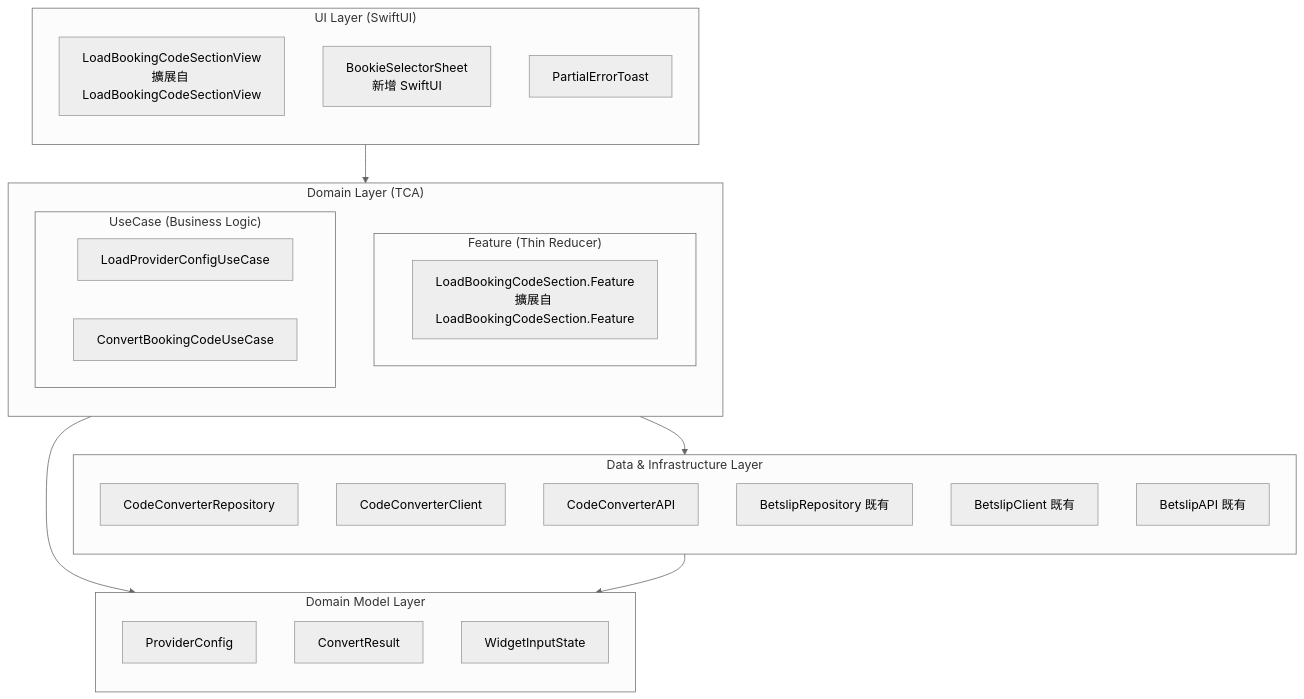
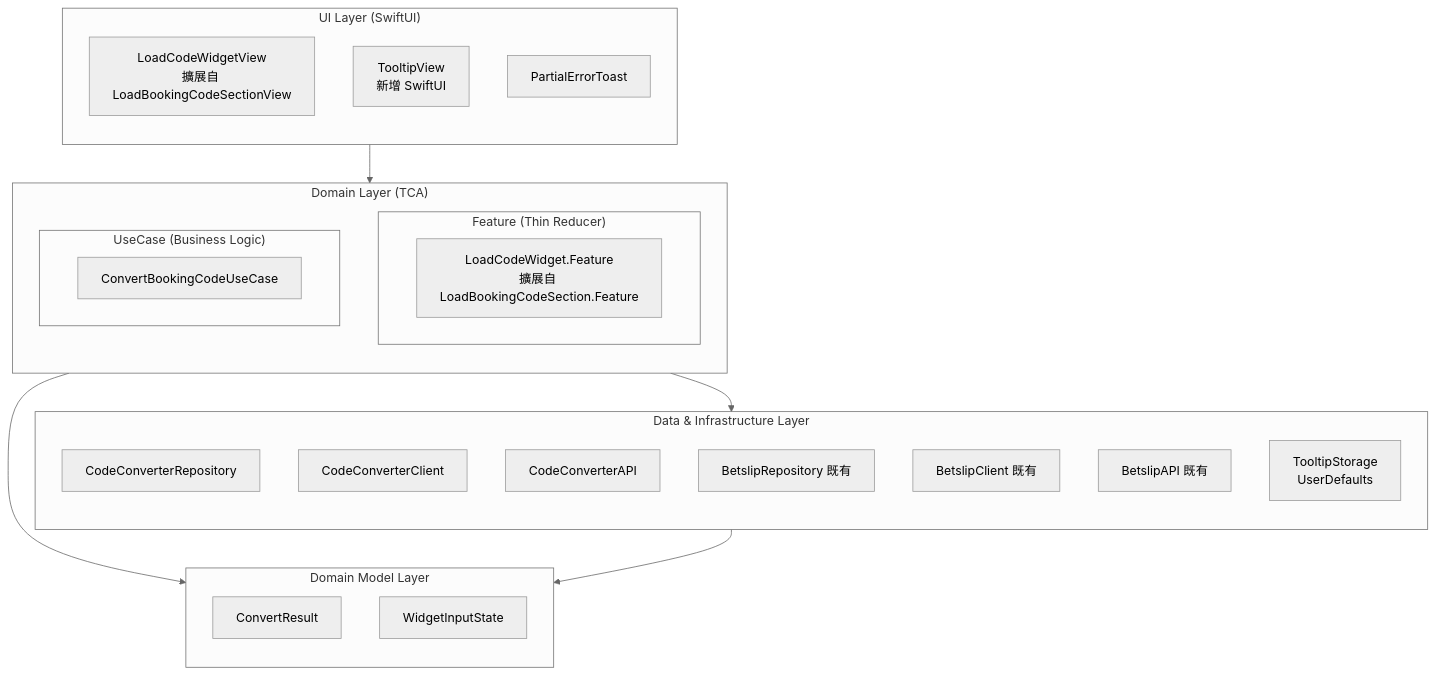
One commit to HsinChungHan/Code_Converter_TDD changed the diagram in TDD/02_Architecture/01_clean_architecture_diagram.md. Above: the diagram before and after it, drawn with Mermaid (neutral theme). The commit also changed other lines of this file and 7 other files, not shown here.

````diff
--- a/TDD/02_Architecture/01_clean_architecture_diagram.md
+++ b/TDD/02_Architecture/01_clean_architecture_diagram.md
@@ -5,42 +17,41 @@
 ```mermaid
 flowchart TB
     subgraph UI["UI Layer (SwiftUI)"]
         direction TB
-        LCW[LoadBookingCodeSectionView<br/>擴展自 LoadBookingCodeSectionView]
-        BSS[BookieSelectorSheet<br/>新增 SwiftUI]
+        LCW[LoadCodeWidgetView<br/>擴展自 LoadBookingCodeSectionView]
+        Tooltip[TooltipView<br/>新增 SwiftUI]
         Toast[PartialErrorToast]
     end
     
     subgraph Domain["Domain Layer (TCA)"]
         direction TB
         subgraph Feature["Feature (Thin Reducer)"]
-            LCF[LoadBookingCodeSection.Feature<br/>擴展自 LoadBookingCodeSection.Feature]
+            LCF[LoadCodeWidget.Feature<br/>擴展自 LoadBookingCodeSection.Feature]
         end
         subgraph UseCase["UseCase (Business Logic)"]
-            LPC[LoadProviderConfigUseCase]
             CBC[ConvertBookingCodeUseCase]
         end
     end
     
     subgraph DomainModel["Domain Model Layer"]
         direction TB
-        PC[ProviderConfig]
         CR[ConvertResult]
         WS[WidgetInputState]
     end
     
     subgraph Data["Data & Infrastructure Layer"]
         direction TB
         CCR[CodeConverterRepository]
         CCC[CodeConverterClient]
         CCA[CodeConverterAPI]
         BR[BetslipRepository 既有]
         BC[BetslipClient 既有]
         BA[BetslipAPI 既有]
+        TS[TooltipStorage<br/>UserDefaults]
     end
     
     UI --> Domain
     Domain --> DomainModel
     Domain --> Data
     Data --> DomainModel
 ```
````
